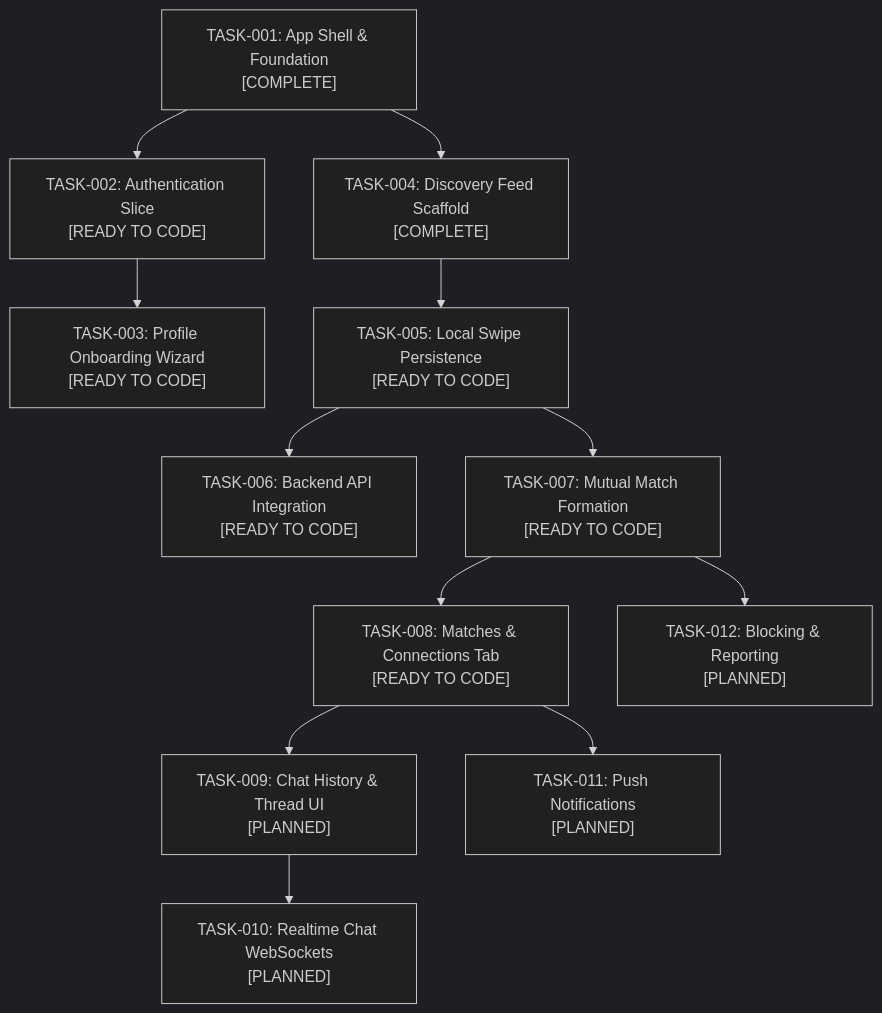
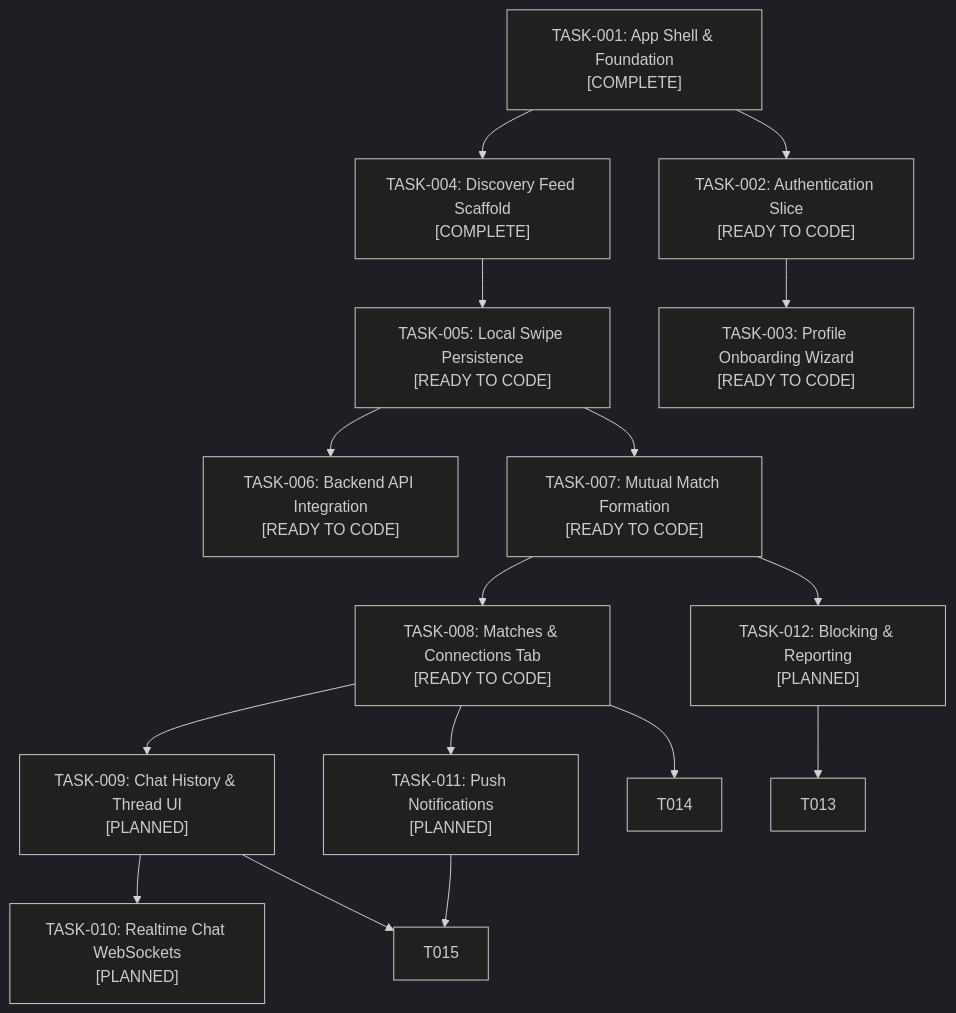
The diagram in docs/tasks/README.md (phuctanpham/vjai), drawn with Mermaid (dark theme) before and after one commit. The commit also changed other lines of this file and 14 other files, not shown here.

````diff
--- a/docs/tasks/README.md
+++ b/docs/tasks/README.md
@@ -9,32 +9,36 @@
 ```mermaid
 graph TD
     T001["TASK-001: App Shell & Foundation<br/>[COMPLETE]"]
     T004["TASK-004: Discovery Feed Scaffold<br/>[COMPLETE]"]
     
     T002["TASK-002: Authentication Slice<br/>[READY TO CODE]"]
     T003["TASK-003: Profile Onboarding Wizard<br/>[READY TO CODE]"]
     
     T005["TASK-005: Local Swipe Persistence<br/>[READY TO CODE]"]
     T006["TASK-006: Backend API Integration<br/>[READY TO CODE]"]
     
     T007["TASK-007: Mutual Match Formation<br/>[READY TO CODE]"]
     T008["TASK-008: Matches & Connections Tab<br/>[READY TO CODE]"]
     
     T009["TASK-009: Chat History & Thread UI<br/>[PLANNED]"]
     T010["TASK-010: Realtime Chat WebSockets<br/>[PLANNED]"]
     
     T011["TASK-011: Push Notifications<br/>[PLANNED]"]
     T012["TASK-012: Blocking & Reporting<br/>[PLANNED]"]
     
     T001 --> T004
     T001 --> T002
     T002 --> T003
     T004 --> T005
     T005 --> T006
     T005 --> T007
     T007 --> T008
     T008 --> T009
     T009 --> T010
     T008 --> T011
     T007 --> T012
+    T012 --> T013
+    T008 --> T014
+    T009 --> T015
+    T011 --> T015
 ```
````
